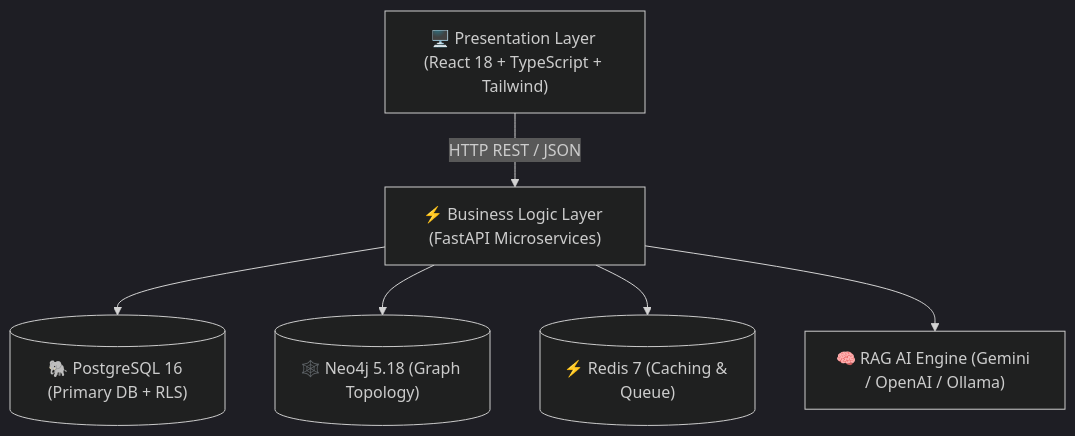
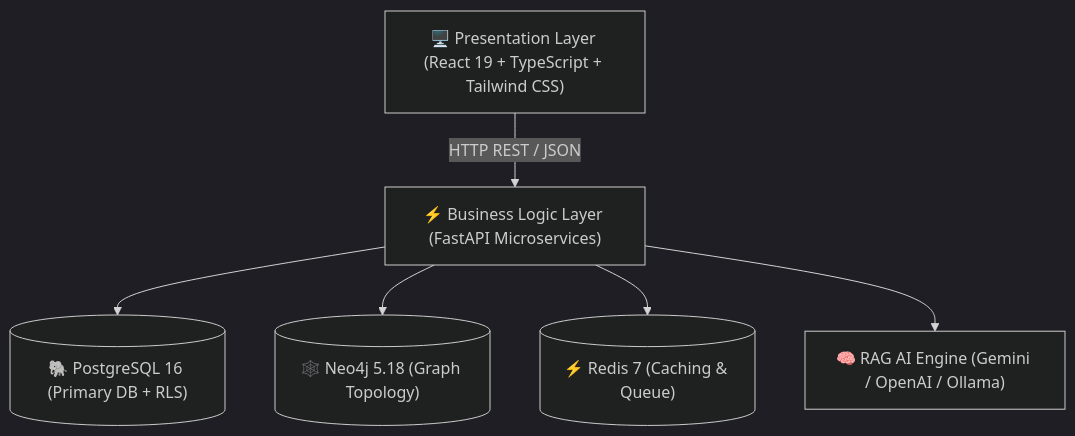
One commit to amn2905/CorpLens_One changed the diagram in README.md. Above: the diagram before and after it, drawn with Mermaid (dark theme). The commit also changed other lines of this file, not shown here.

````diff
--- a/README.md
+++ b/README.md
@@ -69,15 +80,15 @@
 ```mermaid
 graph TD
-    UI["🖥️ Presentation Layer (React 18 + TypeScript + Tailwind)"]
+    UI["🖥️ Presentation Layer (React 19 + TypeScript + Tailwind CSS)"]
     API["⚡ Business Logic Layer (FastAPI Microservices)"]
     PG[("🐘 PostgreSQL 16 (Primary DB + RLS)")]
     NEO[("🕸️ Neo4j 5.18 (Graph Topology)")]
     REDIS[("⚡ Redis 7 (Caching & Queue)")]
     AI["🧠 RAG AI Engine (Gemini / OpenAI / Ollama)"]
 
     UI -->|HTTP REST / JSON| API
     API --> PG
     API --> NEO
     API --> REDIS
     API --> AI
 ```
````
